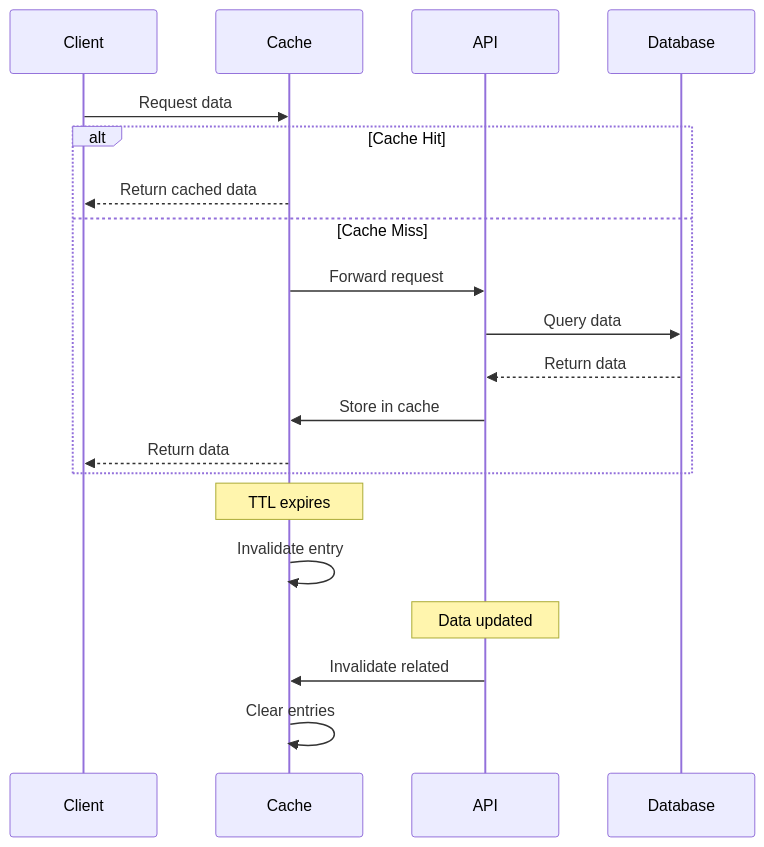
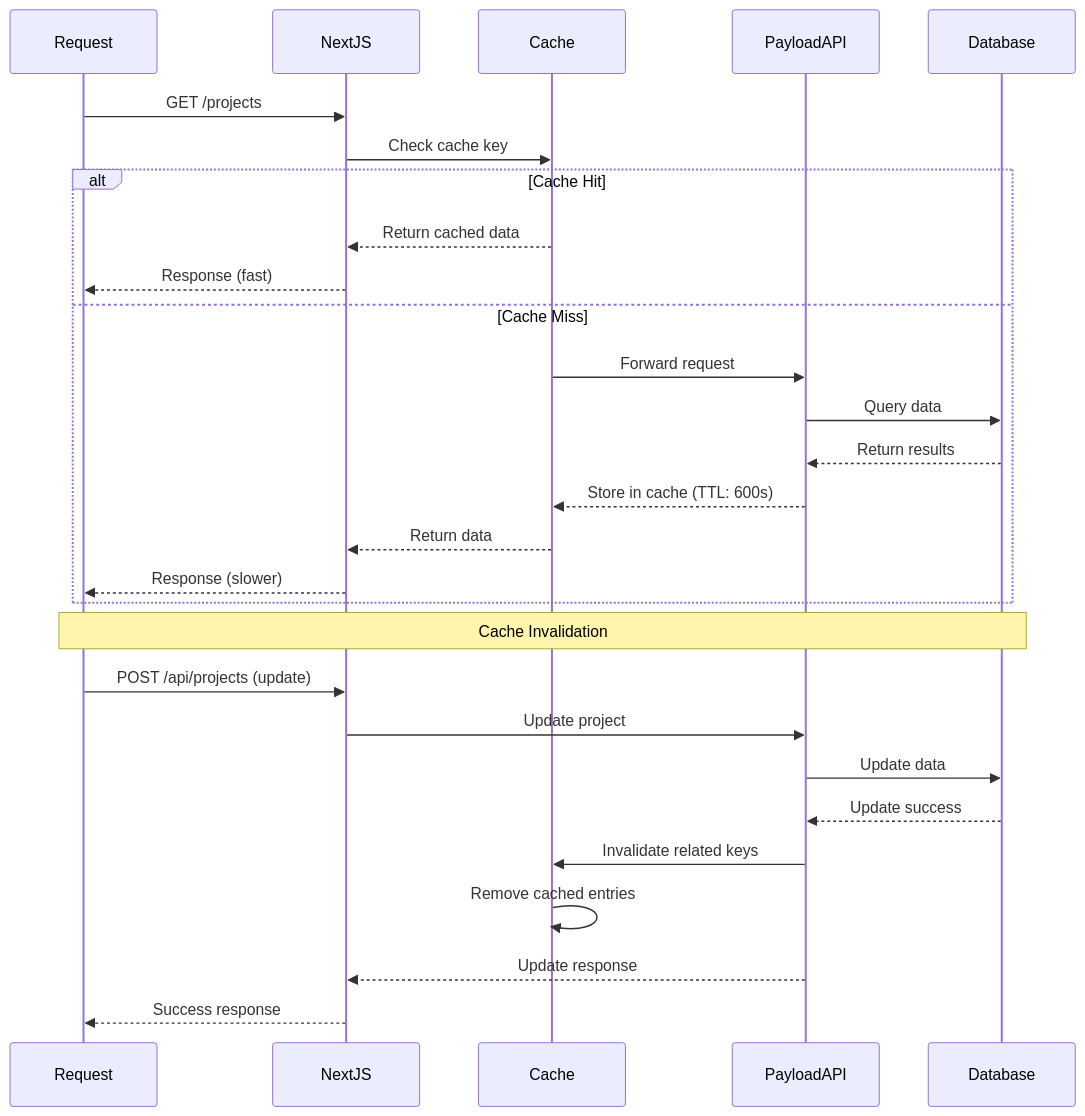
Diagram 12 of 14 in docs/backend-database-architecture.md (surya-madhav/portfolio-blog-2025), drawn with Mermaid before and after one commit. The commit also changed other lines of this file and 33 other files, not shown here.

````diff
--- a/docs/backend-database-architecture.md
+++ b/docs/backend-database-architecture.md
@@ -691,28 +1134,34 @@
 ```mermaid
 sequenceDiagram
-    participant Client
+    participant Request
+    participant NextJS
     participant Cache
-    participant API
+    participant PayloadAPI
     participant Database
     
-    Client->>Cache: Request data
+    Request->>NextJS: GET /projects
+    NextJS->>Cache: Check cache key
     
     alt Cache Hit
-        Cache-->>Client: Return cached data
+        Cache-->>NextJS: Return cached data
+        NextJS-->>Request: Response (fast)
     else Cache Miss
-        Cache->>API: Forward request
-        API->>Database: Query data
-        Database-->>API: Return data
-        API->>Cache: Store in cache
-        Cache-->>Client: Return data
+        Cache->>PayloadAPI: Forward request
+        PayloadAPI->>Database: Query data
+        Database-->>PayloadAPI: Return results
+        PayloadAPI-->>Cache: Store in cache (TTL: 600s)
+        Cache-->>NextJS: Return data
+        NextJS-->>Request: Response (slower)
     end
     
-    Note over Cache: TTL expires
+    Note over Request,Database: Cache Invalidation
     
-    Cache->>Cache: Invalidate entry
-    
-    Note over API: Data updated
-    
-    API->>Cache: Invalidate related
-    Cache->>Cache: Clear entries
+    Request->>NextJS: POST /api/projects (update)
+    NextJS->>PayloadAPI: Update project
+    PayloadAPI->>Database: Update data
+    Database-->>PayloadAPI: Update success
+    PayloadAPI->>Cache: Invalidate related keys
+    Cache->>Cache: Remove cached entries
+    PayloadAPI-->>NextJS: Update response
+    NextJS-->>Request: Success response
 ```
````
